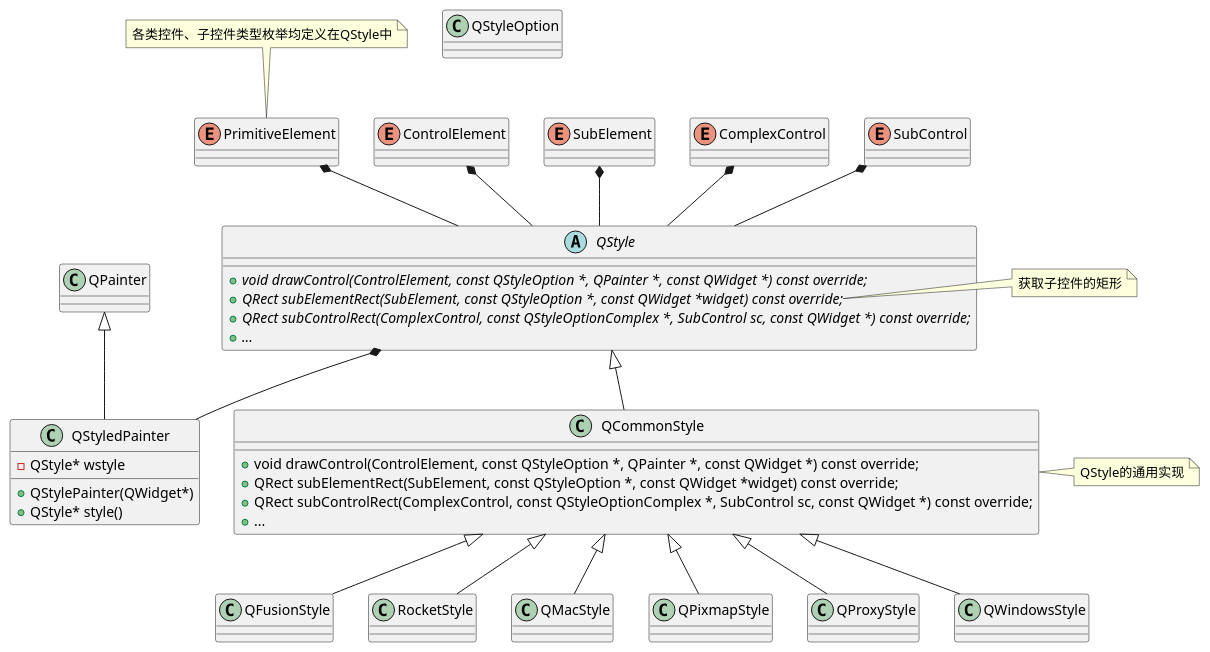
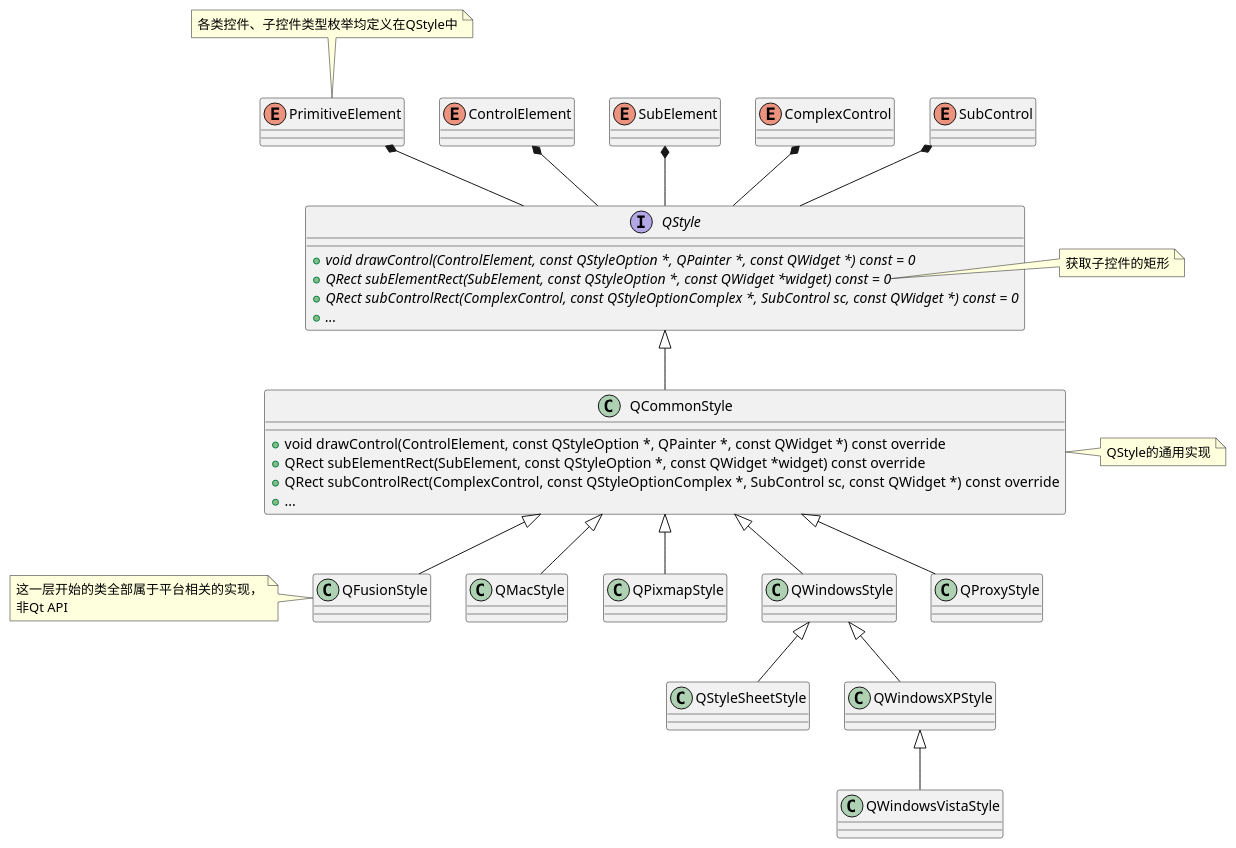
One commit to ShimpleJeaf/Note changed the first of 3 diagrams in Qt类图.md. Above: the diagram before and after it, drawn with PlantUML. The commit also changed other lines of this file and 3 other files, not shown here.

````diff
--- a/Qt类图.md
+++ b/Qt类图.md
@@ -5,71 +5,61 @@
 ```plantuml
 @startuml
 
 note "各类控件、子控件类型枚举均定义在QStyle中" as n1
 n1 -[hidden]-> PrimitiveElement
 enum PrimitiveElement
 enum ControlElement
 enum SubElement
 enum ComplexControl
 enum SubControl
 
-abstract class QStyle
+interface QStyle
 {
-    {abstract} +void drawControl(ControlElement, const QStyleOption *, QPainter *, const QWidget *) const override;
-    {abstract} +QRect subElementRect(SubElement, const QStyleOption *, const QWidget *widget) const override;
-    {abstract} +QRect subControlRect(ComplexControl, const QStyleOptionComplex *, SubControl sc, const QWidget *) const override;
+    {abstract} +void drawControl(ControlElement, const QStyleOption *, QPainter *, const QWidget *) const = 0
+    {abstract} +QRect subElementRect(SubElement, const QStyleOption *, const QWidget *widget) const = 0
+    {abstract} +QRect subControlRect(ComplexControl, const QStyleOptionComplex *, SubControl sc, const QWidget *) const = 0
     {abstract} {method} +...
 }
 
 note right of QStyle::subElementRect 
     获取子控件的矩形
 end note
 
 class QCommonStyle 
 {
-    +void drawControl(ControlElement, const QStyleOption *, QPainter *, const QWidget *) const override;
-    +QRect subElementRect(SubElement, const QStyleOption *, const QWidget *widget) const override;
-    +QRect subControlRect(ComplexControl, const QStyleOptionComplex *, SubControl sc, const QWidget *) const override;
+    +void drawControl(ControlElement, const QStyleOption *, QPainter *, const QWidget *) const override
+    +QRect subElementRect(SubElement, const QStyleOption *, const QWidget *widget) const override
+    +QRect subControlRect(ComplexControl, const QStyleOptionComplex *, SubControl sc, const QWidget *) const override
     {method} +...
 }
-
-class QFusionStyle
-class RocketStyle
-class QMacStyle
-class QPixmapStyle
-class QProxyStyle
-class QWindowsStyle
 
 note right of QCommonStyle : QStyle的通用实现
 PrimitiveElement *-- QStyle
 ControlElement *-- QStyle
 SubElement *-- QStyle
 ComplexControl *-- QStyle
 SubControl *-- QStyle
 
-QStyle <|-- QCommonStyle
+QStyle <|-down- QCommonStyle
 QCommonStyle <|-- QFusionStyle
-QCommonStyle <|-- RocketStyle
 QCommonStyle <|-- QMacStyle
 QCommonStyle <|-- QPixmapStyle
 QCommonStyle <|-- QProxyStyle
 QCommonStyle <|-- QWindowsStyle
+QFusionStyle -[hidden] QMacStyle
+QMacStyle -[hidden] QPixmapStyle
+QPixmapStyle -[hidden] QWindowsStyle
+QWindowsStyle -[hidden] QProxyStyle 
 
-class QPainter
+QWindowsStyle  <|-- QStyleSheetStyle
+QWindowsStyle  <|-- QWindowsXPStyle
+note left of QFusionStyle 
+这一层开始的类全部属于平台相关的实现，
+非Qt API
+end note
 
-class QStyledPainter
-{
-    +QStylePainter(QWidget*)
-    +QStyle* style()
-    -QStyle* wstyle
-}
-
-QPainter <|-- QStyledPainter
-
-QStyle *-- QStyledPainter
-
-
-class QStyleOption
+class QWindowsVistaStyle
+QWindowsXPStyle <|-- QWindowsVistaStyle
 
 @enduml
 ```
````
